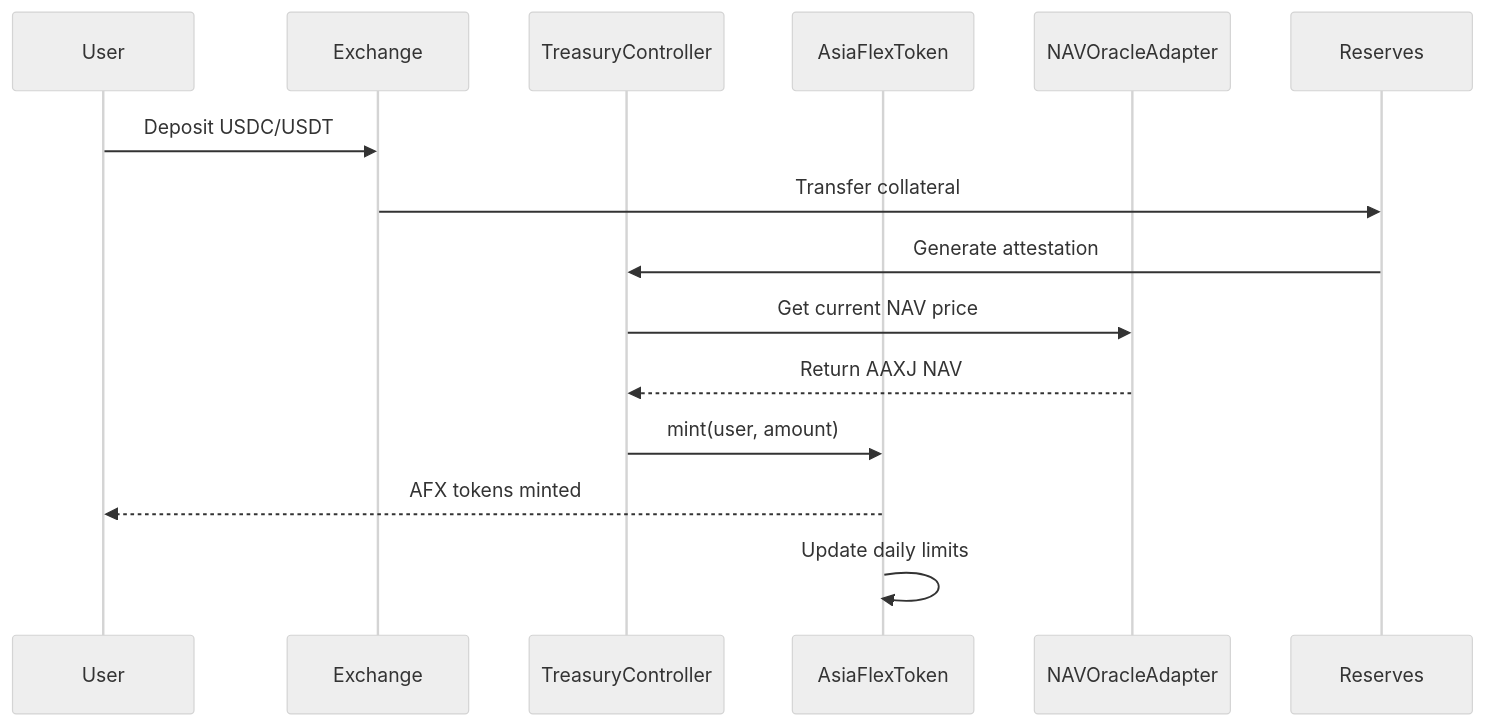
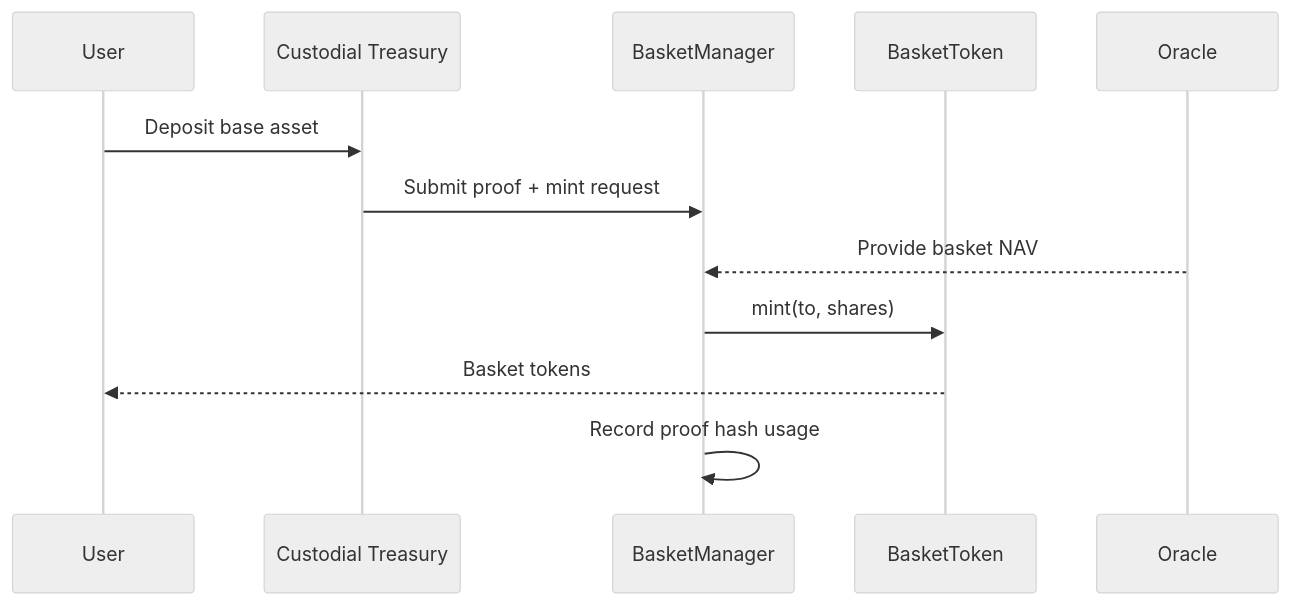
The second of 3 diagrams in docs/architecture.md (PolPol45/ASIAFLEX), drawn with Mermaid (neutral theme) before and after one commit. The commit also changed other lines of this file and 477 other files, not shown here.

Commit message:
ops: add basket helpers, resolve/ local-run-mint, harden mint checks, docs

````diff
--- a/docs/architecture.md
+++ b/docs/architecture.md
@@ -44,18 +28,15 @@
 ```mermaid
 sequenceDiagram
     participant User
-    participant Exchange
-    participant Treasury as TreasuryController
-    participant Token as AsiaFlexToken
-    participant Oracle as NAVOracleAdapter
-    participant Reserves
-    
-    User->>Exchange: Deposit USDC/USDT
-    Exchange->>Reserves: Transfer collateral
-    Reserves->>Treasury: Generate attestation
-    Treasury->>Oracle: Get current NAV price
-    Oracle-->>Treasury: Return AAXJ NAV
-    Treasury->>Token: mint(user, amount)
-    Token-->>User: AFX tokens minted
-    Token->>Token: Update daily limits
+    participant Treasury as Custodial Treasury
+    participant Manager as BasketManager
+    participant Token as BasketToken
+    participant Oracle
+
+    User->>Treasury: Deposit base asset
+    Treasury->>Manager: Submit proof + mint request
+    Oracle-->>Manager: Provide basket NAV
+    Manager->>Token: mint(to, shares)
+    Token-->>User: Basket tokens
+    Manager->>Manager: Record proof hash usage
 ```
````
